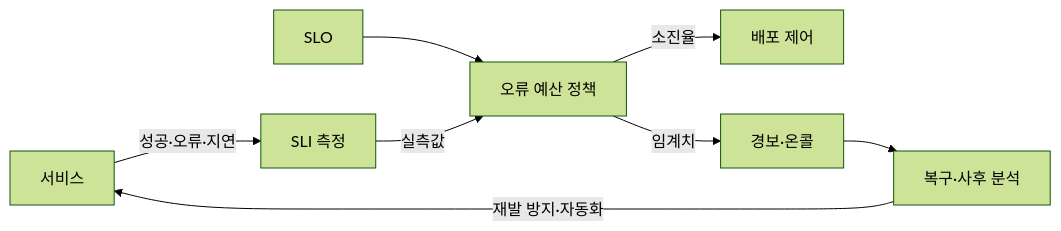
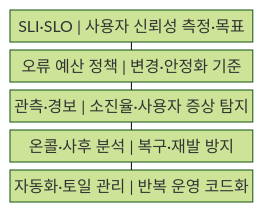
The first of 2 diagrams in src/content/docs/notes/03-software/164_site_reliability_engineering.md (agnusdei1207/knowledge-base), drawn with Mermaid (forest theme) before and after one commit. The commit also changed other lines of this file and 20 other files, not shown here.

````diff
--- a/src/content/docs/notes/03-software/164_site_reliability_engineering.md
+++ b/src/content/docs/notes/03-software/164_site_reliability_engineering.md
@@ -57,10 +54,13 @@
 ```mermaid
-flowchart LR
-    S["서비스"] -->|"성공·오류·지연"| M["SLI 측정"]
-    O["SLO"] --> B["오류 예산 정책"]
-    M -->|"실측값"| B
-    B -->|"소진율"| D["배포 제어"]
-    B -->|"임계치"| A["경보·온콜"]
-    A --> P["복구·사후 분석"]
-    P -->|"재발 방지·자동화"| S
+block
+    columns 1
+    A["SLI·SLO | 사용자 신뢰성 측정·목표"]
+    B["오류 예산 정책 | 변경·안정화 기준"]
+    C["관측·경보 | 소진율·사용자 증상 탐지"]
+    D["온콜·사후 분석 | 복구·재발 방지"]
+    E["자동화·토일 관리 | 반복 운영 코드화"]
+    A --- B
+    B --- C
+    C --- D
+    D --- E
 ```
````
